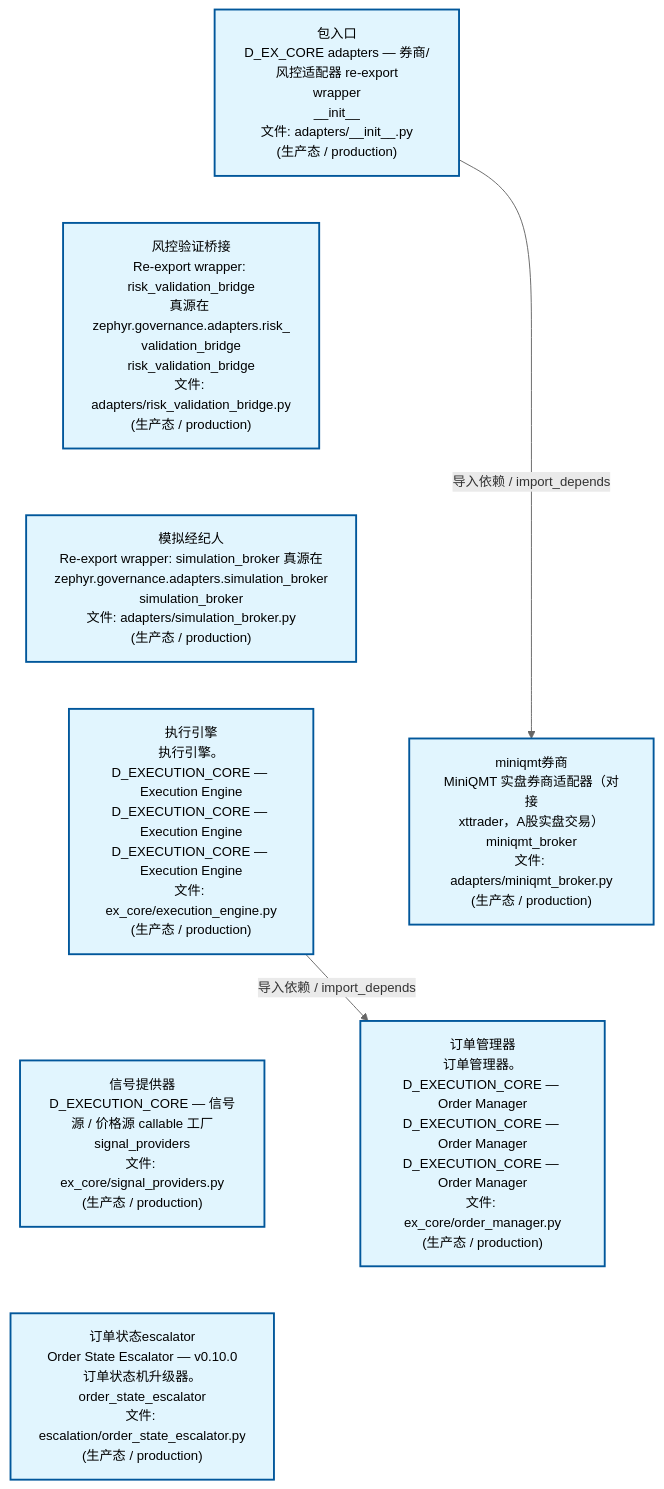
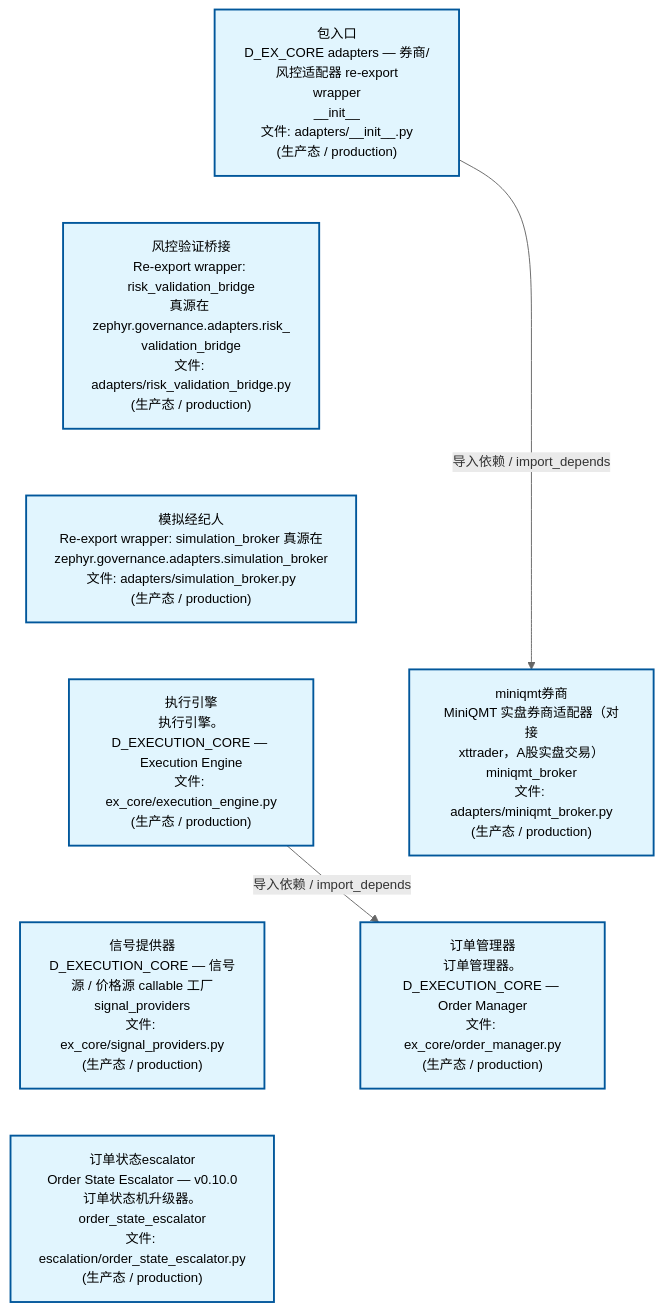
One commit to xuanFelixVan/ZephyrAlpha changed the second of 4 diagrams in docs/02_enterprise_architecture/02_domain_architecture_docs/44_d_ex_core.md. Above: the diagram before and after it, drawn with Mermaid. The commit also changed other lines of this file and 60 other files, not shown here.

````diff
--- a/docs/02_enterprise_architecture/02_domain_architecture_docs/44_d_ex_core.md
+++ b/docs/02_enterprise_architecture/02_domain_architecture_docs/44_d_ex_core.md
@@ -169,25 +169,25 @@
 ```mermaid
 %%{init: {'theme': 'base', 'themeVariables': {'primaryColor': '#eaeaea', 'primaryTextColor': '#333333', 'primaryBorderColor': '#666666', 'lineColor': '#666666', 'secondaryColor': '#eaeaea', 'tertiaryColor': '#eaeaea', 'fontSize': '14px'}}}%%
 flowchart TD
     src_zephyr_ex_core_adapters_init_py["包入口<br/>D_EX_CORE adapters — 券商/风控适配器 re-export<br/>wrapper<br/>__init__<br/>文件: adapters/__init__.py<br/>(生产态 / production)"]
-    src_zephyr_ex_core_adapters_risk_validation_bridge_py["风控验证桥接<br/>Re-export wrapper: risk_validation_bridge<br/>真源在 zephyr.governance.adapters.risk_<br/>validation_bridge<br/>risk_validation_bridge<br/>文件: adapters/risk_validation_bridge.py<br/>(生产态 / production)"]
-    src_zephyr_ex_core_adapters_simulation_broker_py["模拟经纪人<br/>Re-export wrapper: simulation_broker 真源在<br/>zephyr.governance.adapters.simulation_broker<br/>simulation_broker<br/>文件: adapters/simulation_broker.py<br/>(生产态 / production)"]
-    src_zephyr_ex_core_execution_engine_py["执行引擎<br/>执行引擎。D_EXECUTION_CORE — Execution Engine<br/>D_EXECUTION_CORE — Execution Engine<br/>D_EXECUTION_CORE — Execution Engine<br/>文件: ex_core/execution_engine.py<br/>(生产态 / production)"]
+    src_zephyr_ex_core_adapters_risk_validation_bridge_py["风控验证桥接<br/>Re-export wrapper: risk_validation_bridge<br/>真源在 zephyr.governance.adapters.risk_<br/>validation_bridge<br/>文件: adapters/risk_validation_bridge.py<br/>(生产态 / production)"]
+    src_zephyr_ex_core_adapters_simulation_broker_py["模拟经纪人<br/>Re-export wrapper: simulation_broker 真源在<br/>zephyr.governance.adapters.simulation_broker<br/>文件: adapters/simulation_broker.py<br/>(生产态 / production)"]
+    src_zephyr_ex_core_execution_engine_py["执行引擎<br/>执行引擎。D_EXECUTION_CORE — Execution Engine<br/>文件: ex_core/execution_engine.py<br/>(生产态 / production)"]
     src_zephyr_ex_core_signal_providers_py["信号提供器<br/>D_EXECUTION_CORE — 信号源 / 价格源 callable 工厂<br/>signal_providers<br/>文件: ex_core/signal_providers.py<br/>(生产态 / production)"]
     src_zephyr_governance_escalation_order_state_escalator_py["订单状态escalator<br/>Order State Escalator — v0.10.0<br/>订单状态机升级器。<br/>order_state_escalator<br/>文件: escalation/order_state_escalator.py<br/>(生产态 / production)"]
     src_zephyr_ex_core_adapters_init_py ~~~ src_zephyr_ex_core_adapters_risk_validation_bridge_py
     src_zephyr_ex_core_adapters_risk_validation_bridge_py ~~~ src_zephyr_ex_core_adapters_simulation_broker_py
     src_zephyr_ex_core_adapters_simulation_broker_py ~~~ src_zephyr_ex_core_execution_engine_py
     src_zephyr_ex_core_execution_engine_py ~~~ src_zephyr_ex_core_signal_providers_py
     src_zephyr_ex_core_signal_providers_py ~~~ src_zephyr_governance_escalation_order_state_escalator_py
     src_zephyr_ex_core_adapters_miniqmt_broker_py["miniqmt券商<br/>MiniQMT 实盘券商适配器（对接<br/>xttrader，A股实盘交易）<br/>miniqmt_broker<br/>文件: adapters/miniqmt_broker.py<br/>(生产态 / production)"]
-    src_zephyr_ex_core_order_manager_py["订单管理器<br/>订单管理器。D_EXECUTION_CORE — Order Manager<br/>D_EXECUTION_CORE — Order Manager<br/>D_EXECUTION_CORE — Order Manager<br/>文件: ex_core/order_manager.py<br/>(生产态 / production)"]
+    src_zephyr_ex_core_order_manager_py["订单管理器<br/>订单管理器。D_EXECUTION_CORE — Order Manager<br/>文件: ex_core/order_manager.py<br/>(生产态 / production)"]
     src_zephyr_ex_core_adapters_miniqmt_broker_py ~~~ src_zephyr_ex_core_order_manager_py
     src_zephyr_ex_core_execution_engine_py -->|导入依赖 / import_depends| src_zephyr_ex_core_order_manager_py
     src_zephyr_ex_core_adapters_init_py -->|导入依赖 / import_depends| src_zephyr_ex_core_adapters_miniqmt_broker_py
     classDef production fill:#e1f5fe,stroke:#01579b,stroke-width:2px,color:#000
     classDef design fill:#fff3e0,stroke:#e65100,stroke-width:2px,color:#000,stroke-dasharray: 5 5
     classDef external_prod fill:#e8f4fd,stroke:#0277bd,stroke-width:1px,color:#000
     classDef external_design fill:#fff8e7,stroke:#ef6c00,stroke-width:1px,color:#000,stroke-dasharray: 5 5
     class src_zephyr_ex_core_adapters_init_py,src_zephyr_ex_core_adapters_miniqmt_broker_py,src_zephyr_ex_core_adapters_risk_validation_bridge_py,src_zephyr_ex_core_adapters_simulation_broker_py,src_zephyr_ex_core_execution_engine_py,src_zephyr_ex_core_order_manager_py,src_zephyr_ex_core_signal_providers_py,src_zephyr_governance_escalation_order_state_escalator_py production
 ```
````
